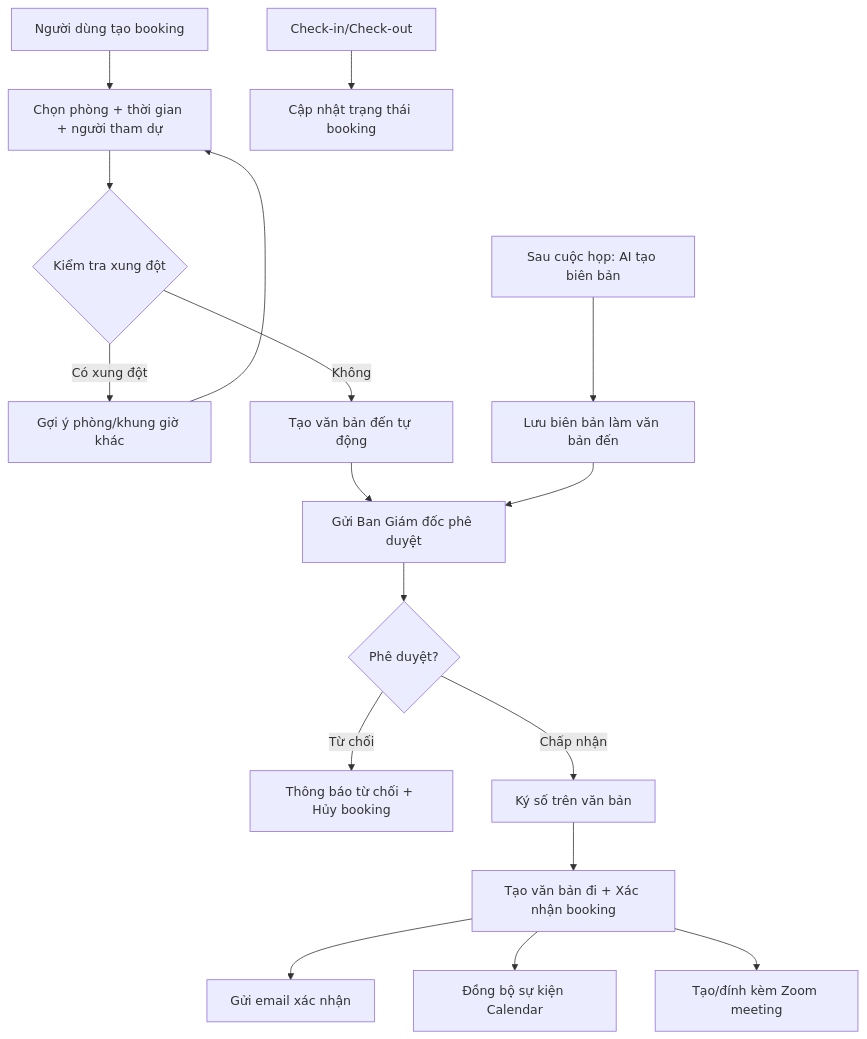
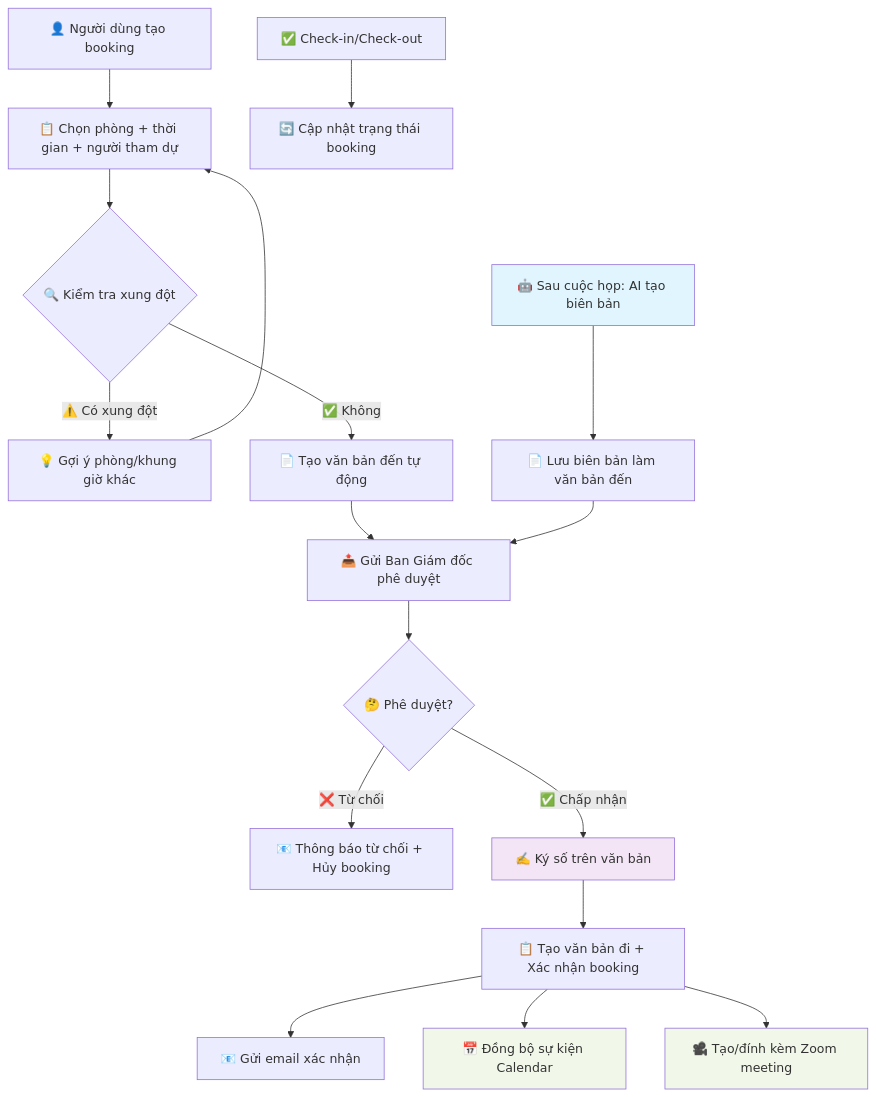
Before and after one commit to lamngoctuu18/TTDN-16-01-N6: the fifth of 11 diagrams in README.md, drawn with Mermaid. The commit also changed other lines of this file and 24 other files, not shown here.

````diff
--- a/README.md
+++ b/README.md
@@ -276,19 +453,24 @@
 ```mermaid
 flowchart TD
-    A1[Người dùng tạo booking] --> A2[Chọn phòng + thời gian + người tham dự]
-    A2 --> A3{Kiểm tra xung đột}
-    A3 -->|Có xung đột| A4[Gợi ý phòng/khung giờ khác]
+    A1[👤 Người dùng tạo booking] --> A2[📋 Chọn phòng + thời gian + người tham dự]
+    A2 --> A3{🔍 Kiểm tra xung đột}
+    A3 -->|⚠️ Có xung đột| A4[💡 Gợi ý phòng/khung giờ khác]
     A4 --> A2
-    A3 -->|Không| A5[Tạo văn bản đến tự động]
-    A5 --> A6[Gửi Ban Giám đốc phê duyệt]
-    A6 --> A7{Phê duyệt?}
-    A7 -->|Từ chối| A8[Thông báo từ chối + Hủy booking]
-    A7 -->|Chấp nhận| A9[Ký số trên văn bản]
-    A9 --> A10[Tạo văn bản đi + Xác nhận booking]
-    A10 --> A11[Gửi email xác nhận]
-    A10 --> A12[Đồng bộ sự kiện Calendar]
-    A10 --> A13[Tạo/đính kèm Zoom meeting]
-    A14[Sau cuộc họp: AI tạo biên bản] --> A15[Lưu biên bản làm văn bản đến]
+    A3 -->|✅ Không| A5[📄 Tạo văn bản đến tự động]
+    A5 --> A6[📤 Gửi Ban Giám đốc phê duyệt]
+    A6 --> A7{🤔 Phê duyệt?}
+    A7 -->|❌ Từ chối| A8[📧 Thông báo từ chối + Hủy booking]
+    A7 -->|✅ Chấp nhận| A9[✍️ Ký số trên văn bản]
+    A9 --> A10[📋 Tạo văn bản đi + Xác nhận booking]
+    A10 --> A11[📧 Gửi email xác nhận]
+    A10 --> A12[📅 Đồng bộ sự kiện Calendar]
+    A10 --> A13[🎥 Tạo/đính kèm Zoom meeting]
+    A14[🤖 Sau cuộc họp: AI tạo biên bản] --> A15[📄 Lưu biên bản làm văn bản đến]
     A15 --> A6
-    A16[Check-in/Check-out] --> A17[Cập nhật trạng thái booking]
+    A16[✅ Check-in/Check-out] --> A17[🔄 Cập nhật trạng thái booking]
+    
+    style A9 fill:#f3e5f5
+    style A14 fill:#e1f5fe
+    style A12 fill:#f1f8e9
+    style A13 fill:#f1f8e9
 ```
````
